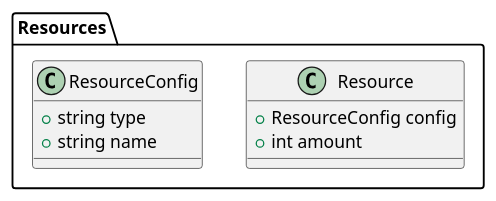
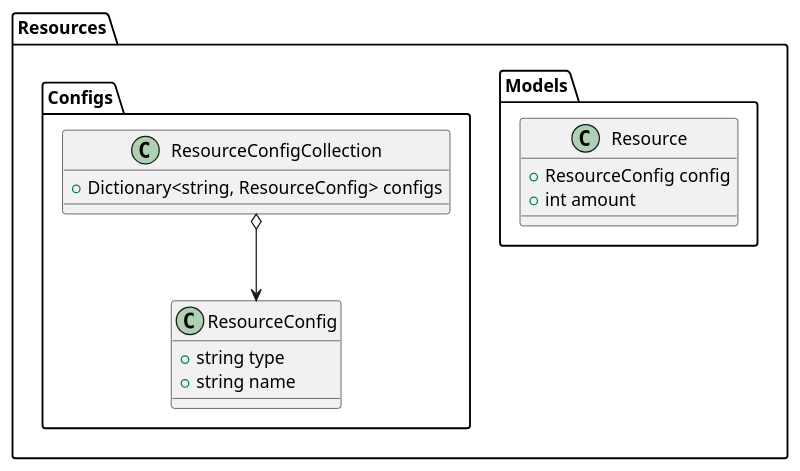
The diagram in Resources.puml (minusrep/Pivo-UML), drawn with PlantUML before and after one commit. The commit also changed 4 other files, not shown here.

```diff
--- a/Resources.puml
+++ b/Resources.puml
@@ -1,21 +1,31 @@
 @startuml
-'https://plantuml.com/class-diagram
 
 package "Resources" 
 {
+    package "Models"
+    {
+        class Resource
+        {
+            +ResourceConfig config
+            +int amount
+        }
+    }
 
-    class Resource 
+    package "Configs"
     {
-        +ResourceConfig config
-        +int amount
-    }
+        class ResourceConfigCollection
+        {
+            +Dictionary<string, ResourceConfig> configs
+        }
+            
+        class ResourceConfig 
+        {
+            +string type
+            +string name
+        }
         
-    class ResourceConfig 
-    {
-        +string type
-        +string name
+        ResourceConfigCollection o--> ResourceConfig 
     }
 }
 
-
 @enduml
```
